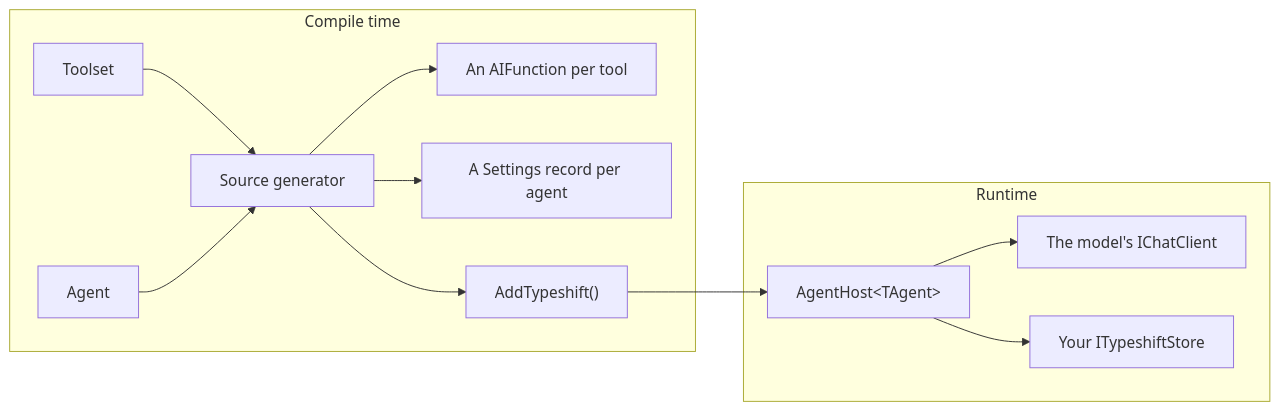
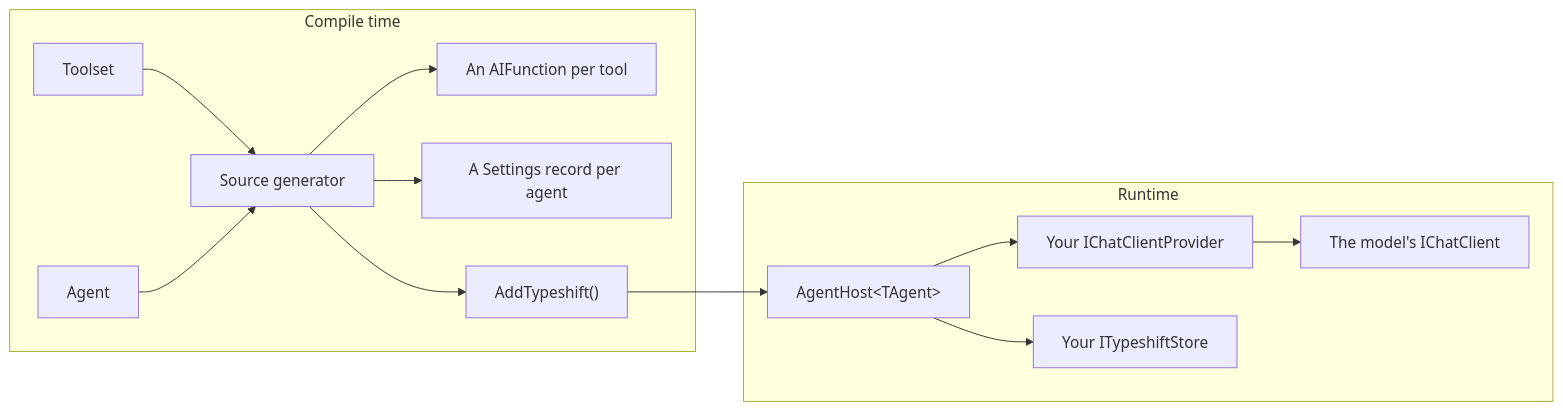
The diagram in docs/guide/getting-started.md (weboost-at/Typeshift), drawn with Mermaid before and after one commit. The commit also changed other lines of this file, not shown here.

First line of the commit message:
Updated getting-started.md, a reader can run it against a real model

````diff
--- a/docs/guide/getting-started.md
+++ b/docs/guide/getting-started.md
@@ -219,15 +241,16 @@
 ```mermaid
 flowchart LR
   subgraph compile [Compile time]
     toolset[Toolset] --> generator[Source generator]
     agent[Agent] --> generator
     generator --> functions[An AIFunction per tool]
     generator --> settings[A Settings record per agent]
     generator --> registration["AddTypeshift()"]
   end
   subgraph runtime [Runtime]
-    host["AgentHost&lt;TAgent&gt;"] --> client[The model's IChatClient]
+    host["AgentHost&lt;TAgent&gt;"] --> provider[Your IChatClientProvider]
+    provider --> client[The model's IChatClient]
     host --> store[Your ITypeshiftStore]
   end
   registration --> host
 ```
````
